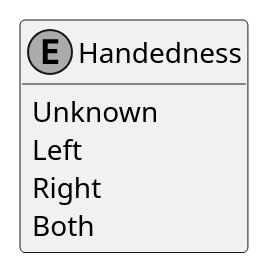
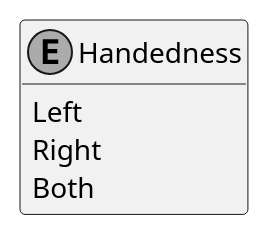
One commit to ObiWanLansi/DoofesZeug changed the diagram in Documentation/Generated/Enumerations/DoofesZeug.Models.Human/Handedness.puml. Above: the diagram before and after it, drawn with PlantUML. The commit also changed 40 other files, not shown here.

```diff
--- a/Documentation/Generated/Enumerations/DoofesZeug.Models.Human/Handedness.puml
+++ b/Documentation/Generated/Enumerations/DoofesZeug.Models.Human/Handedness.puml
@@ -1,12 +1,11 @@
 @startuml
 skinparam monochrome true
 hide empty members
 
 enum Handedness {
-    Unknown
     Left
     Right
     Both
 }
 
 @enduml
```
